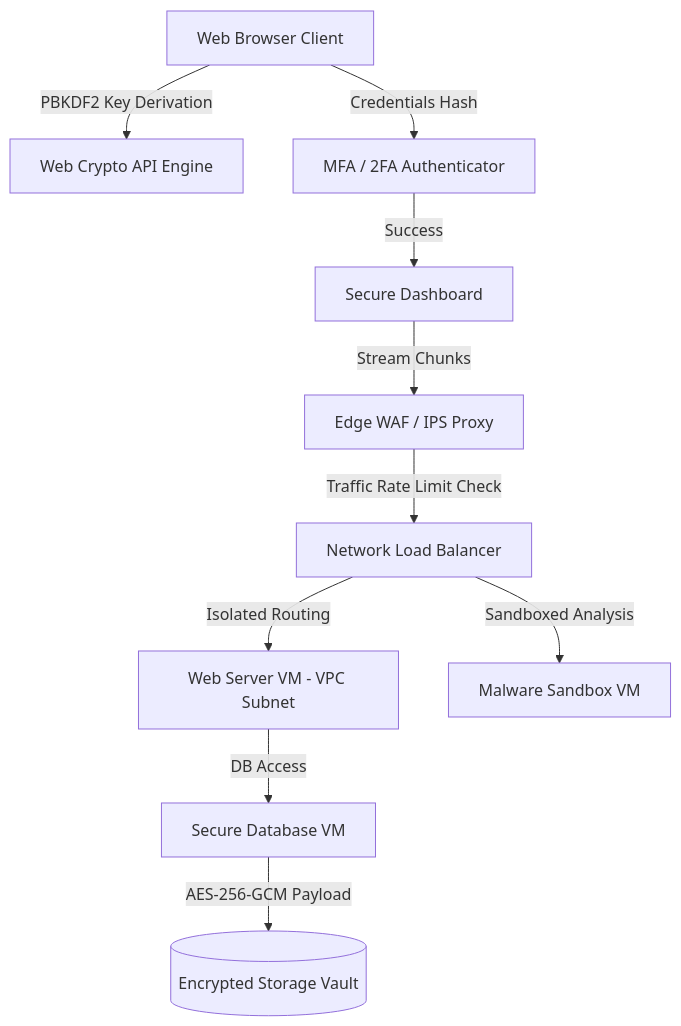
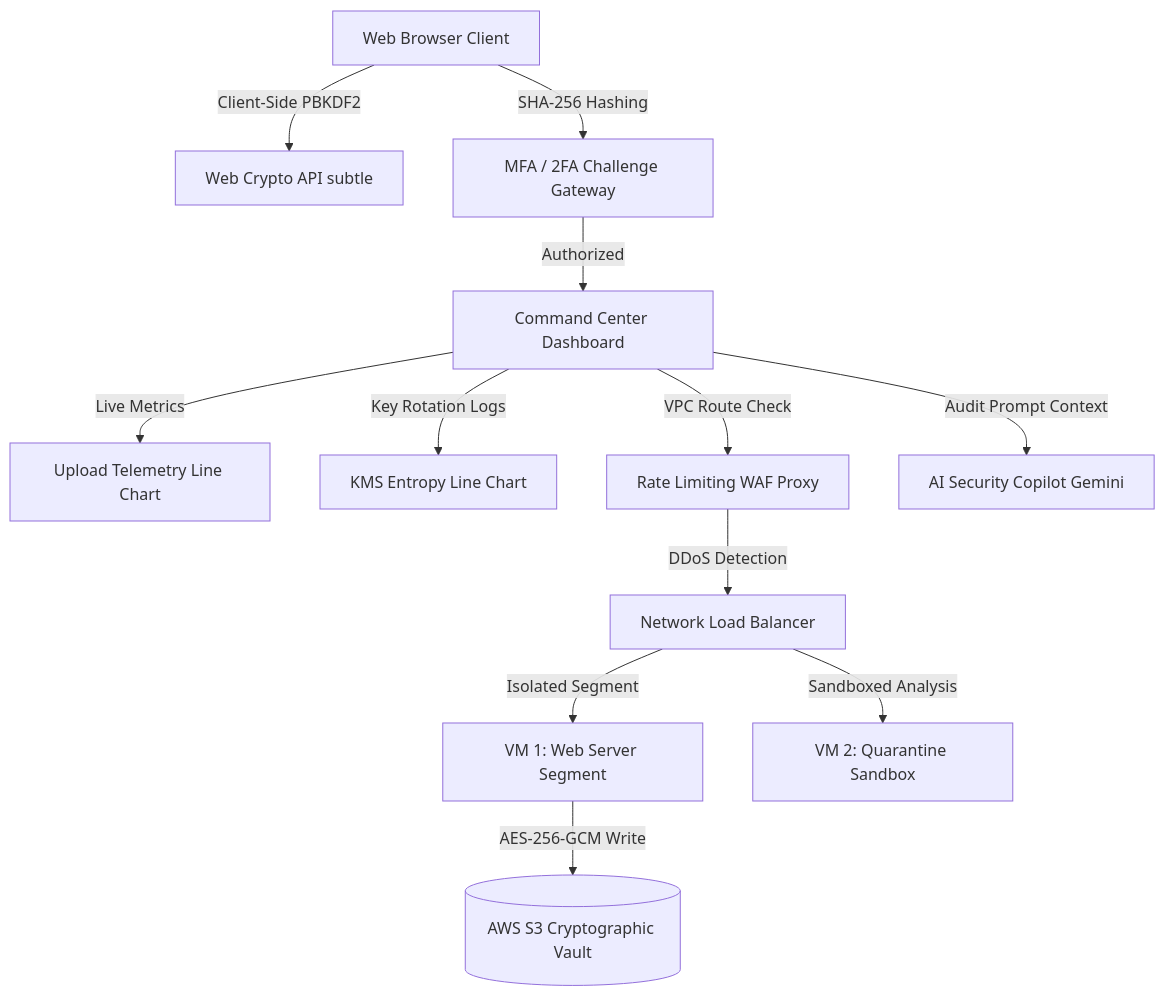
The diagram in README.md (PratyushPandey31/Capstone-Be-project), drawn with Mermaid before and after one commit. The commit also changed other lines of this file and 2 other files, not shown here.

Commit message:
Enhance chart telemetry dynamics, integrate radar scans, and update README styling

````diff
--- a/README.md
+++ b/README.md
@@ -49,15 +52,18 @@
 ```mermaid
 graph TD
-    Client[Web Browser Client] -->|PBKDF2 Key Derivation| CryptoEngine[Web Crypto API Engine]
-    Client -->|Credentials Hash| AuthGateway[MFA / 2FA Authenticator]
-    AuthGateway -->|Success| Dashboard[Secure Dashboard]
+    Client[Web Browser Client] -->|Client-Side PBKDF2| Crypto[Web Crypto API subtle]
+    Client -->|SHA-256 Hashing| MFA[MFA / 2FA Challenge Gateway]
+    MFA -->|Authorized| Dash[Command Center Dashboard]
     
-    Dashboard -->|Stream Chunks| WAF[Edge WAF / IPS Proxy]
-    WAF -->|Traffic Rate Limit Check| LoadBalancer[Network Load Balancer]
+    Dash -->|Live Metrics| Chart1[Upload Telemetry Line Chart]
+    Dash -->|Key Rotation Logs| Chart2[KMS Entropy Line Chart]
     
-    LoadBalancer -->|Isolated Routing| VM1[Web Server VM - VPC Subnet]
-    LoadBalancer -->|Sandboxed Analysis| VM2[Malware Sandbox VM]
+    Dash -->|VPC Route Check| WAF[Rate Limiting WAF Proxy]
+    WAF -->|DDoS Detection| NLB[Network Load Balancer]
     
-    VM1 -->|DB Access| VM3[Secure Database VM]
-    VM3 -->|AES-256-GCM Payload| StorageVault[(Encrypted Storage Vault)]
+    NLB -->|Isolated Segment| Node1[VM 1: Web Server Segment]
+    NLB -->|Sandboxed Analysis| Node2[VM 2: Quarantine Sandbox]
+    
+    Node1 -->|AES-256-GCM Write| Backup[(AWS S3 Cryptographic Vault)]
+    Dash -->|Audit Prompt Context| AICopilot[AI Security Copilot Gemini]
 ```
````
